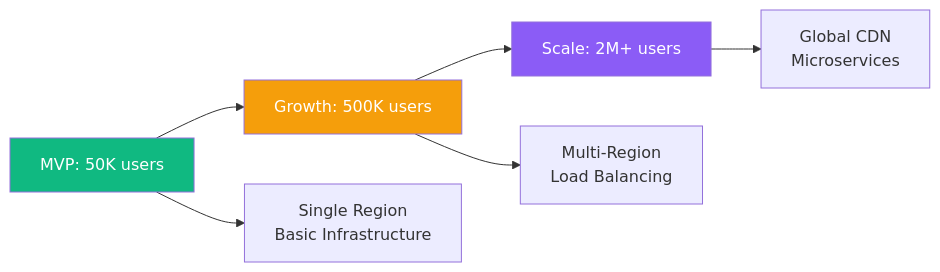
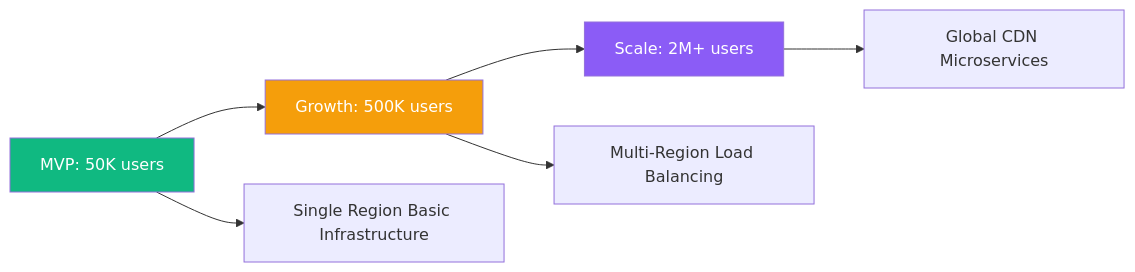
Before and after one commit to SkaFld-Ignite/ref-u-wireframes: the second of 2 diagrams in docs/technical-specs.md, drawn with Mermaid. The commit also changed other lines of this file and 3 other files, not shown here.

Commit message:
Fix: Remove HTML br tags and dollar signs from all Mermaid diagrams - resolves parse errors

````diff
--- a/docs/technical-specs.md
+++ b/docs/technical-specs.md
@@ -102,13 +102,13 @@
 ```mermaid
 graph LR
     A[MVP: 50K users] --> B[Growth: 500K users]
     B --> C[Scale: 2M+ users]
     
-    A --> D[Single Region<br/>Basic Infrastructure]
-    B --> E[Multi-Region<br/>Load Balancing]
-    C --> F[Global CDN<br/>Microservices]
+    A --> D[Single Region Basic Infrastructure]
+    B --> E[Multi-Region Load Balancing]
+    C --> F[Global CDN Microservices]
     
     style A fill:#10b981,color:white
     style B fill:#f59e0b,color:white
     style C fill:#8b5cf6,color:white
 ```
````
